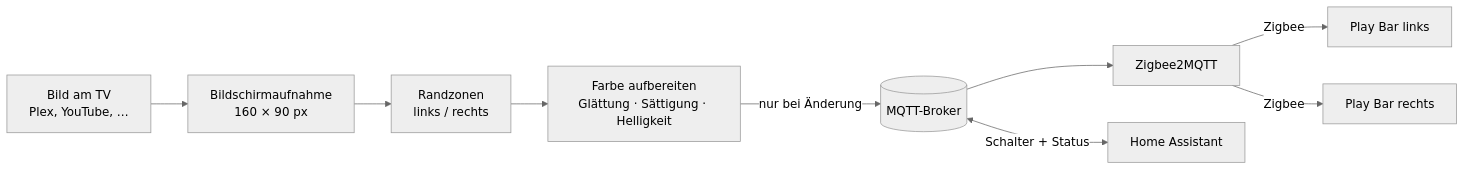
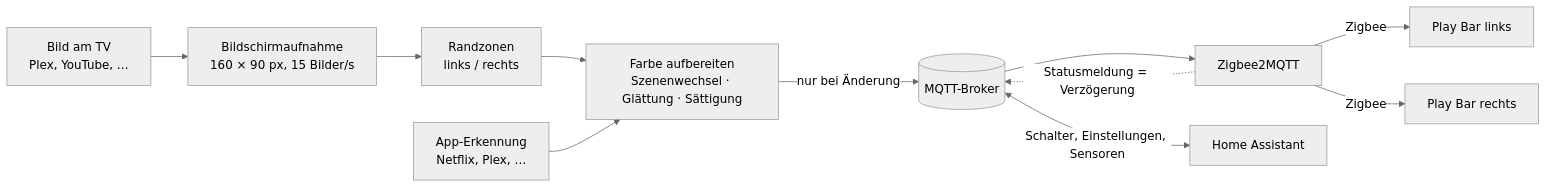
The diagram in README.md (hxcde/AndroidTV-Ambilight), drawn with Mermaid (neutral theme) before and after one commit. The commit also changed other lines of this file and 42 other files, not shown here.

First line of the commit message:
Version 0.2.0: Szenenwechsel, Statistik, App-Profile, HA-Steuerung, Wiederherstellen

````diff
--- a/README.md
+++ b/README.md
@@ -9,11 +9,13 @@
 ```mermaid
 flowchart LR
-    A[Bild am TV<br/>Plex, YouTube, …] --> B[Bildschirmaufnahme<br/>160 × 90 px]
+    A[Bild am TV<br/>Plex, YouTube, …] --> B[Bildschirmaufnahme<br/>160 × 90 px, 15 Bilder/s]
     B --> C[Randzonen<br/>links / rechts]
-    C --> D[Farbe aufbereiten<br/>Glättung · Sättigung · Helligkeit]
+    C --> D[Farbe aufbereiten<br/>Szenenwechsel · Glättung · Sättigung]
     D -->|nur bei Änderung| E[(MQTT-Broker)]
     E --> F[Zigbee2MQTT]
     F -->|Zigbee| G[Play Bar links]
     F -->|Zigbee| H[Play Bar rechts]
-    E <-->|Schalter + Status| I[Home Assistant]
+    F -.->|Statusmeldung = Verzögerung| E
+    E <-->|Schalter, Einstellungen, Sensoren| I[Home Assistant]
+    J[App-Erkennung<br/>Netflix, Plex, …] --> D
 ```
````
